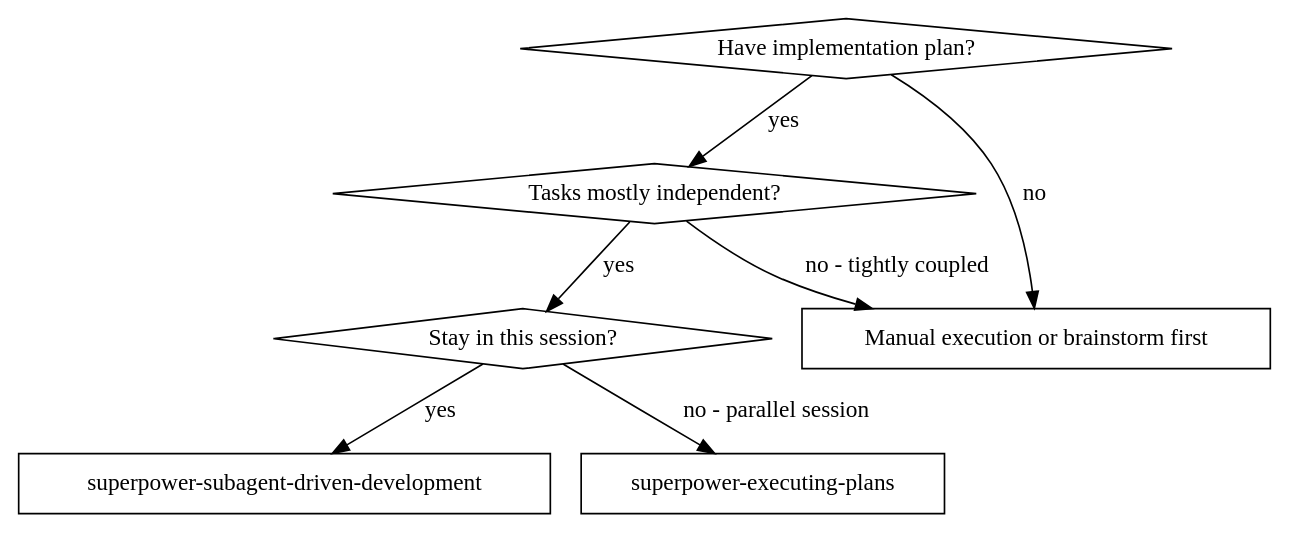
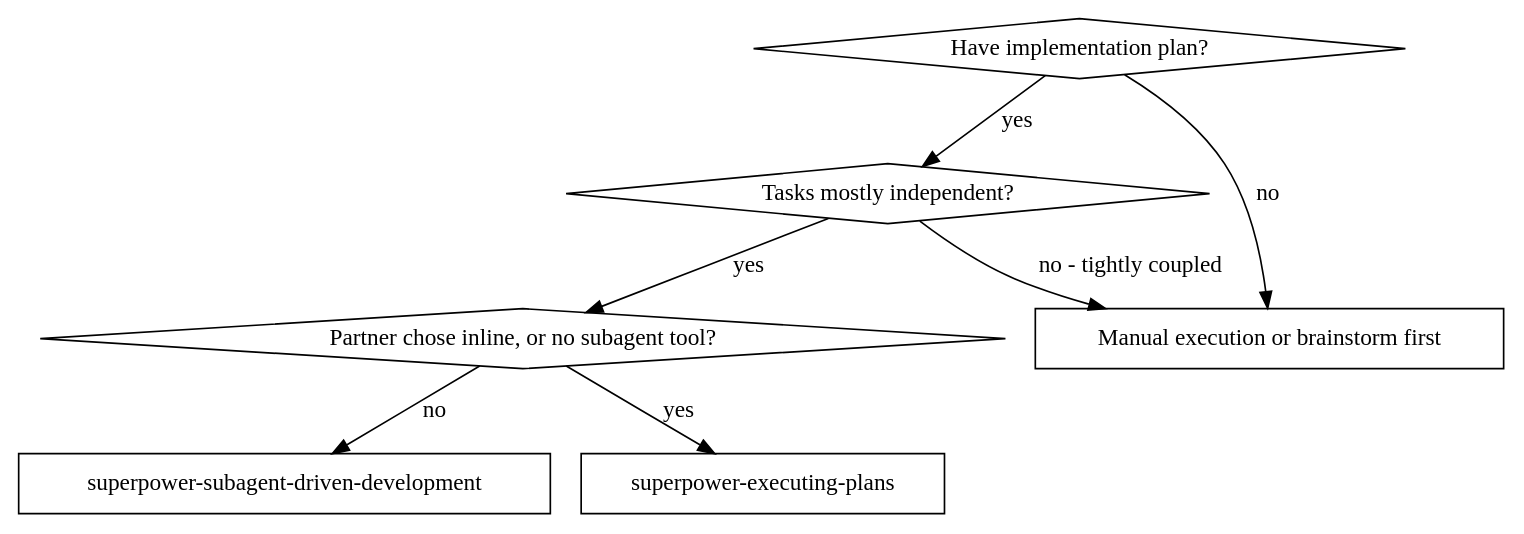
Before and after one commit to JasonFreeLab/dsh-superpowers: the first of 2 diagrams in skills/superpower-subagent-driven-development/SKILL.md, drawn with Graphviz. The commit also changed other lines of this file and 28 other files, not shown here.

````diff
--- a/skills/superpower-subagent-driven-development/SKILL.md
+++ b/skills/superpower-subagent-driven-development/SKILL.md
@@ -35,17 +35,17 @@
 ```dot
 digraph when_to_use {
     "Have implementation plan?" [shape=diamond];
     "Tasks mostly independent?" [shape=diamond];
-    "Stay in this session?" [shape=diamond];
+    "Partner chose inline, or no subagent tool?" [shape=diamond];
     "superpower-subagent-driven-development" [shape=box];
     "superpower-executing-plans" [shape=box];
     "Manual execution or brainstorm first" [shape=box];
 
     "Have implementation plan?" -> "Tasks mostly independent?" [label="yes"];
     "Have implementation plan?" -> "Manual execution or brainstorm first" [label="no"];
-    "Tasks mostly independent?" -> "Stay in this session?" [label="yes"];
+    "Tasks mostly independent?" -> "Partner chose inline, or no subagent tool?" [label="yes"];
     "Tasks mostly independent?" -> "Manual execution or brainstorm first" [label="no - tightly coupled"];
-    "Stay in this session?" -> "superpower-subagent-driven-development" [label="yes"];
-    "Stay in this session?" -> "superpower-executing-plans" [label="no - parallel session"];
+    "Partner chose inline, or no subagent tool?" -> "superpower-executing-plans" [label="yes"];
+    "Partner chose inline, or no subagent tool?" -> "superpower-subagent-driven-development" [label="no"];
 }
 ```
````
